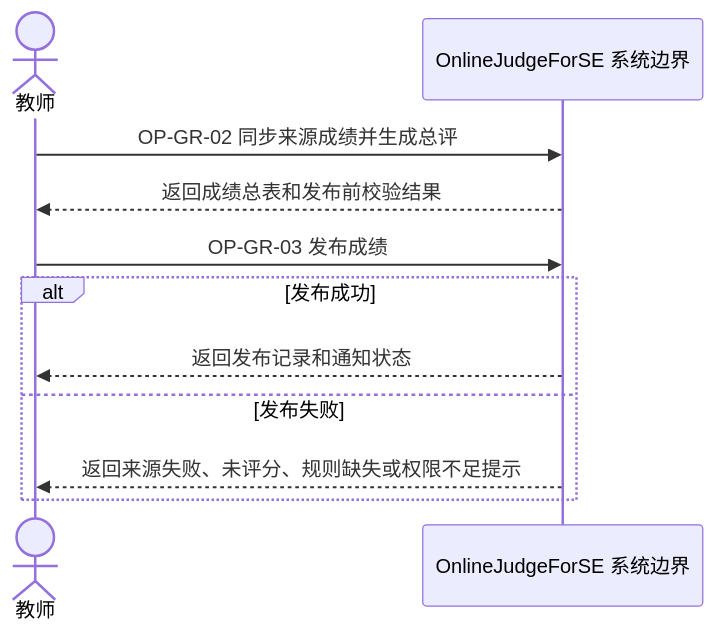
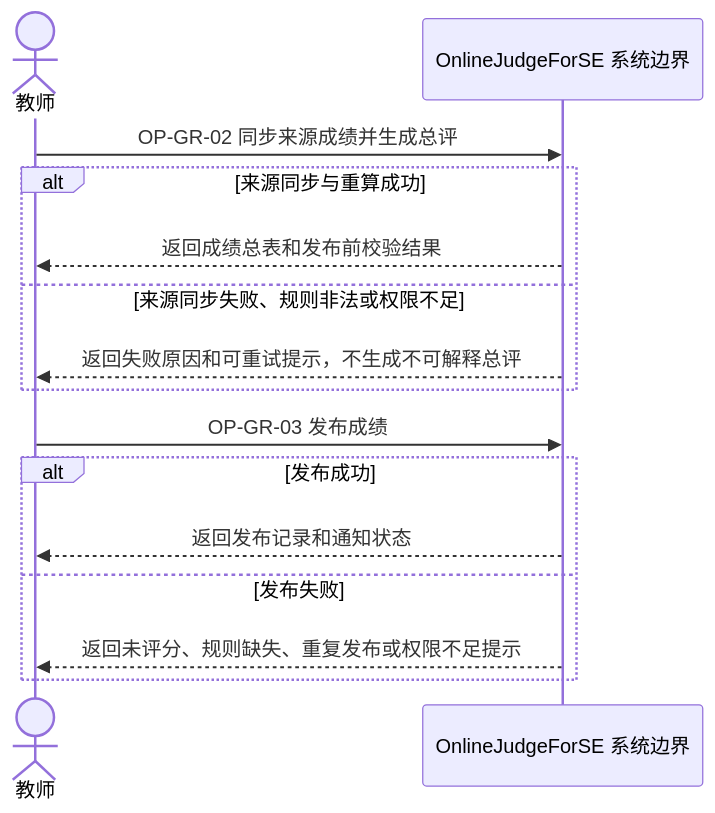
One commit to Cr4zyorange/OnlineJudge changed the diagram in docs/diagrams/srs/fig_4_15_grade_flow_ssd.mmd. Above: the diagram before and after it, drawn with Mermaid. The commit also changed 8 other files, not shown here.

```diff
--- a/docs/diagrams/srs/fig_4_15_grade_flow_ssd.mmd
+++ b/docs/diagrams/srs/fig_4_15_grade_flow_ssd.mmd
@@ -1,11 +1,15 @@
 sequenceDiagram
   actor Teacher as 教师
   participant System as OnlineJudgeForSE 系统边界
   Teacher->>System: OP-GR-02 同步来源成绩并生成总评
-  System-->>Teacher: 返回成绩总表和发布前校验结果
+  alt 来源同步与重算成功
+    System-->>Teacher: 返回成绩总表和发布前校验结果
+  else 来源同步失败、规则非法或权限不足
+    System-->>Teacher: 返回失败原因和可重试提示，不生成不可解释总评
+  end
   Teacher->>System: OP-GR-03 发布成绩
   alt 发布成功
     System-->>Teacher: 返回发布记录和通知状态
   else 发布失败
-    System-->>Teacher: 返回来源失败、未评分、规则缺失或权限不足提示
+    System-->>Teacher: 返回未评分、规则缺失、重复发布或权限不足提示
   end
```
